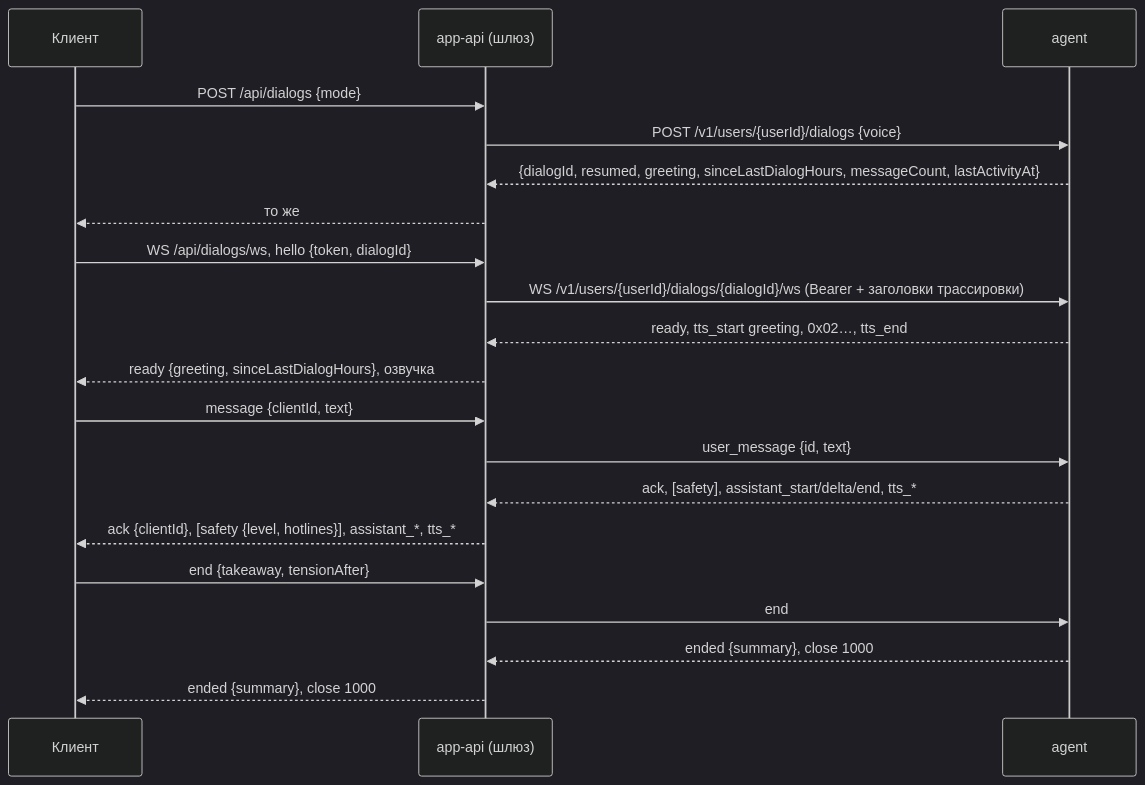
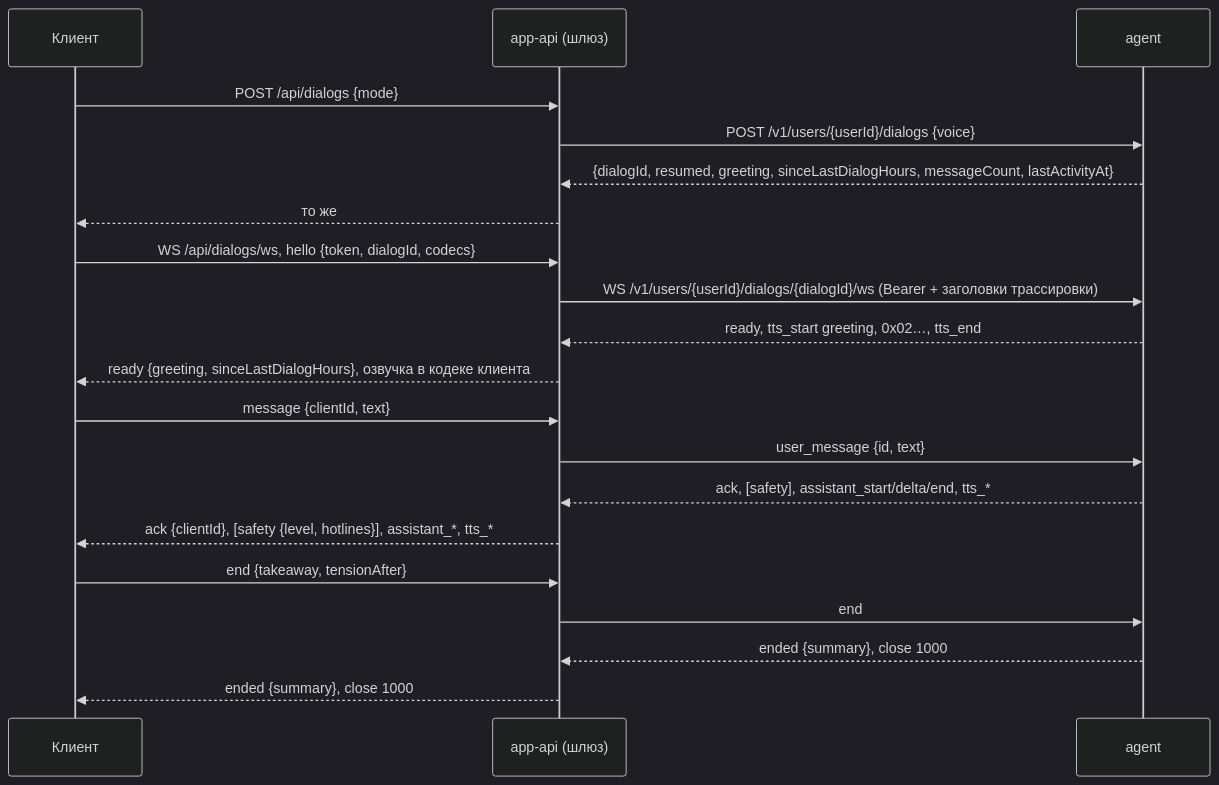
One commit to playa69/ryadom changed the fifth of 5 diagrams in docs/spec.md. Above: the diagram before and after it, drawn with Mermaid (dark theme). The commit also changed other lines of this file and 42 other files, not shown here.

````diff
--- a/docs/spec.md
+++ b/docs/spec.md
@@ -591,22 +600,22 @@
 ```mermaid title="Разговор: клиент → шлюз → агент"
 sequenceDiagram
   participant C as Клиент
   participant G as app-api (шлюз)
   participant A as agent
   C->>G: POST /api/dialogs {mode}
   G->>A: POST /v1/users/{userId}/dialogs {voice}
   A-->>G: {dialogId, resumed, greeting, sinceLastDialogHours, messageCount, lastActivityAt}
   G-->>C: то же
-  C->>G: WS /api/dialogs/ws, hello {token, dialogId}
+  C->>G: WS /api/dialogs/ws, hello {token, dialogId, codecs}
   G->>A: WS /v1/users/{userId}/dialogs/{dialogId}/ws (Bearer + заголовки трассировки)
   A-->>G: ready, tts_start greeting, 0x02…, tts_end
-  G-->>C: ready {greeting, sinceLastDialogHours}, озвучка
+  G-->>C: ready {greeting, sinceLastDialogHours}, озвучка в кодеке клиента
   C->>G: message {clientId, text}
   G->>A: user_message {id, text}
   A-->>G: ack, [safety], assistant_start/delta/end, tts_*
   G-->>C: ack {clientId}, [safety {level, hotlines}], assistant_*, tts_*
   C->>G: end {takeaway, tensionAfter}
   G->>A: end
   A-->>G: ended {summary}, close 1000
   G-->>C: ended {summary}, close 1000
 ```
````
